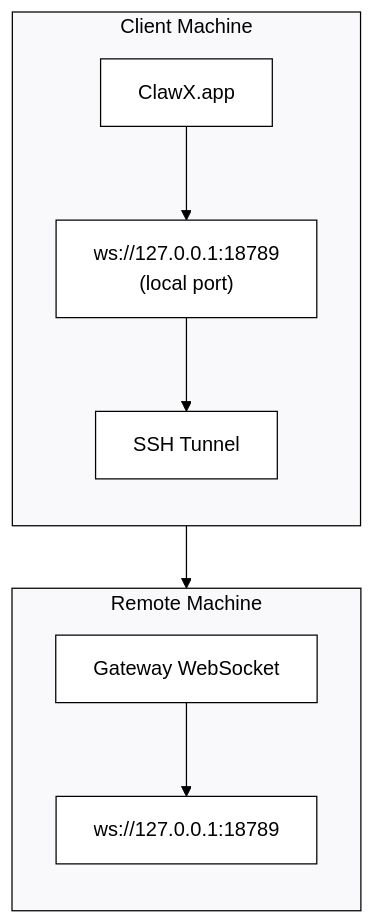
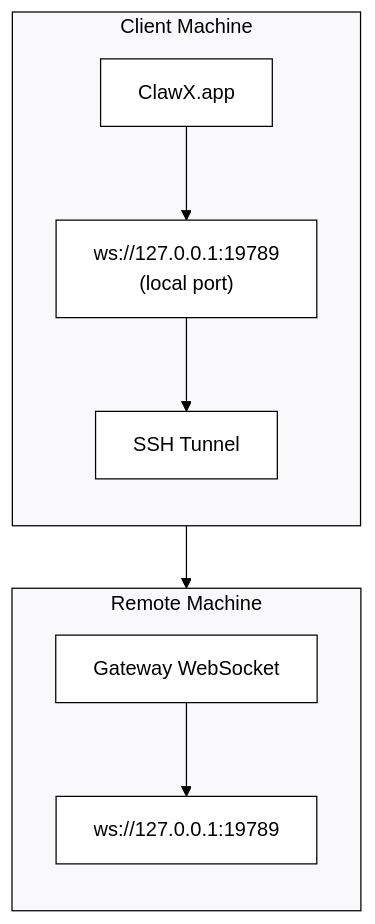
Before and after one commit to jingkang0822/openclaw: the diagram in docs/gateway/remote-gateway-readme.md, drawn with Mermaid. The commit also changed other lines of this file and 33 other files, not shown here.

````diff
--- a/docs/gateway/remote-gateway-readme.md
+++ b/docs/gateway/remote-gateway-readme.md
@@ -13,36 +13,36 @@
 ```mermaid
 %%{init: {
   'theme': 'base',
   'themeVariables': {
     'primaryColor': '#ffffff',
     'primaryTextColor': '#000000',
     'primaryBorderColor': '#000000',
     'lineColor': '#000000',
     'secondaryColor': '#f9f9fb',
     'tertiaryColor': '#ffffff',
     'clusterBkg': '#f9f9fb',
     'clusterBorder': '#000000',
     'nodeBorder': '#000000',
     'mainBkg': '#ffffff',
     'edgeLabelBackground': '#ffffff'
   }
 }}%%
 flowchart TB
     subgraph Client["Client Machine"]
         direction TB
         A["ClawX.app"]
-        B["ws://127.0.0.1:18789\n(local port)"]
+        B["ws://127.0.0.1:19789\n(local port)"]
         T["SSH Tunnel"]
 
         A --> B
         B --> T
     end
     subgraph Remote["Remote Machine"]
         direction TB
         C["Gateway WebSocket"]
-        D["ws://127.0.0.1:18789"]
+        D["ws://127.0.0.1:19789"]
 
         C --> D
     end
     T --> C
 ```
````
